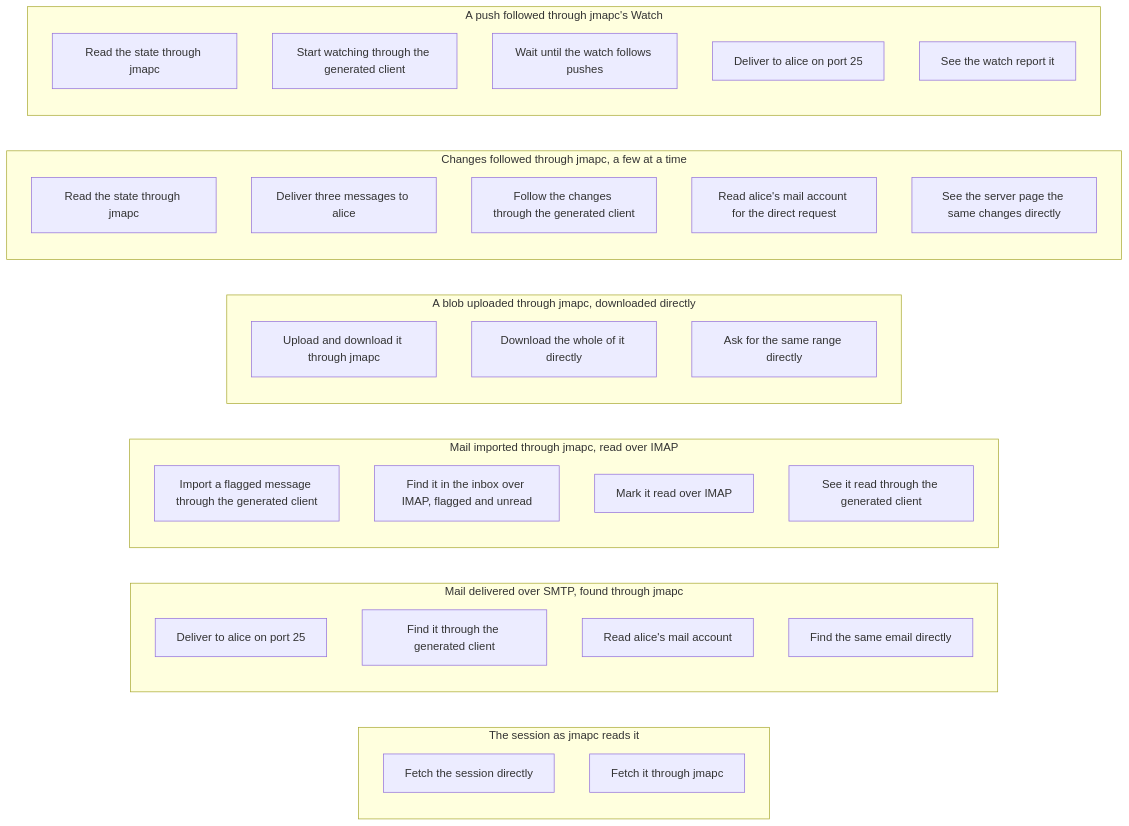
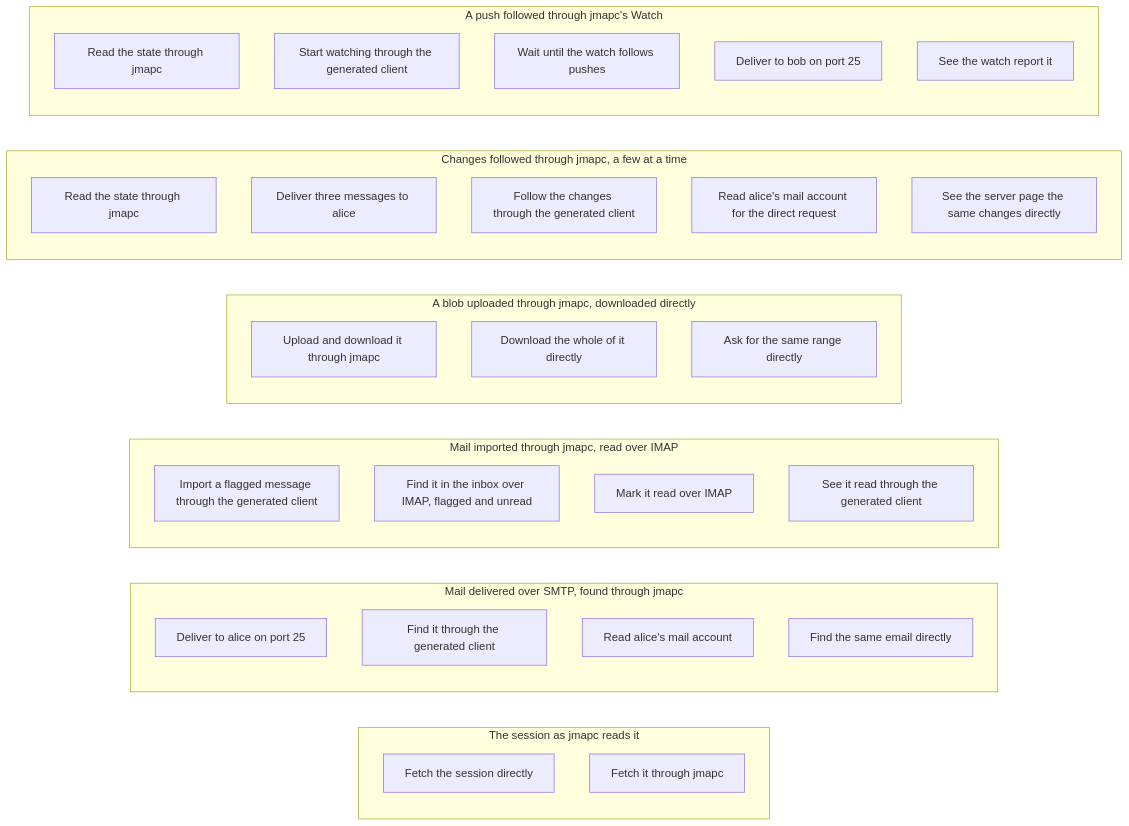
Before and after one commit to linyows/jmapc: the second of 2 diagrams in docs/content/en/contributing.md, drawn with Mermaid. The commit also changed other lines of this file and 2 other files, not shown here.

````diff
--- a/docs/content/en/contributing.md
+++ b/docs/content/en/contributing.md
@@ -70,38 +70,38 @@
 ```mermaid
 flowchart LR
     subgraph job_0["The session as jmapc reads it"]
         job_0_step0["Fetch the session directly"]
         job_0_step1["Fetch it through jmapc"]
     end
     subgraph job_1["Mail delivered over SMTP, found through jmapc"]
         job_1_step0["Deliver to alice on port 25"]
         job_1_step1["Find it through the generated client"]
         job_1_step2["Read alice's mail account"]
         job_1_step3["Find the same email directly"]
     end
     subgraph job_2["Mail imported through jmapc, read over IMAP"]
         job_2_step0["Import a flagged message through the generated client"]
         job_2_step1["Find it in the inbox over IMAP, flagged and unread"]
         job_2_step2["Mark it read over IMAP"]
         job_2_step3["See it read through the generated client"]
     end
     subgraph job_3["A blob uploaded through jmapc, downloaded directly"]
         job_3_step0["Upload and download it through jmapc"]
         job_3_step1["Download the whole of it directly"]
         job_3_step2["Ask for the same range directly"]
     end
     subgraph job_4["Changes followed through jmapc, a few at a time"]
         job_4_step0["Read the state through jmapc"]
         job_4_step1["Deliver three messages to alice"]
         job_4_step2["Follow the changes through the generated client"]
         job_4_step3["Read alice's mail account for the direct request"]
         job_4_step4["See the server page the same changes directly"]
     end
     subgraph job_5["A push followed through jmapc's Watch"]
         job_5_step0["Read the state through jmapc"]
         job_5_step1["Start watching through the generated client"]
         job_5_step2["Wait until the watch follows pushes"]
-        job_5_step3["Deliver to alice on port 25"]
+        job_5_step3["Deliver to bob on port 25"]
         job_5_step4["See the watch report it"]
     end
 ```
````
